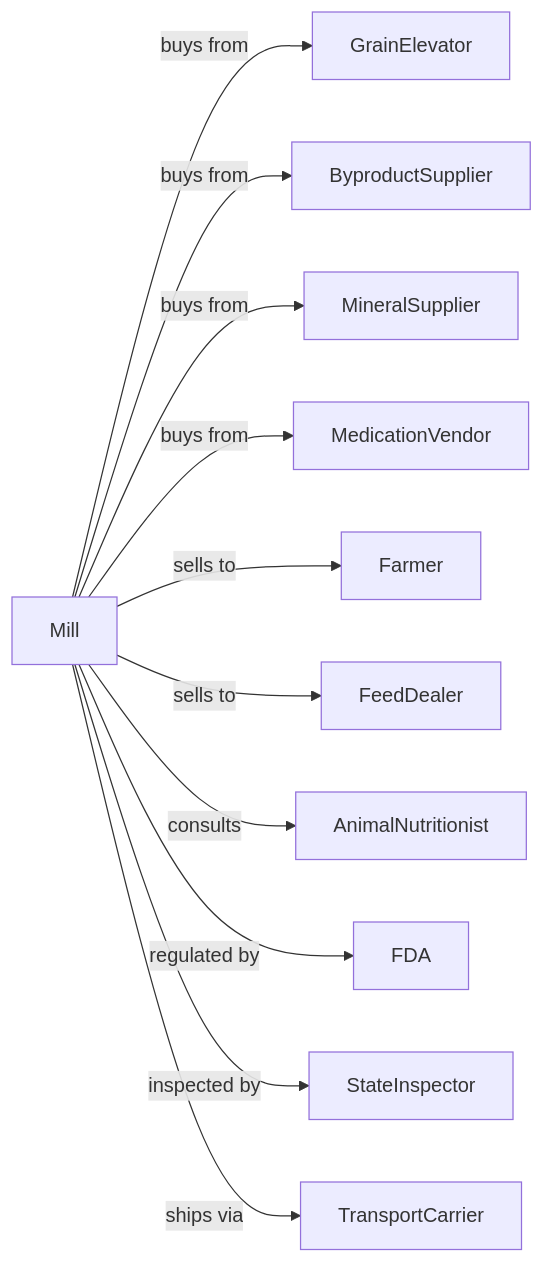
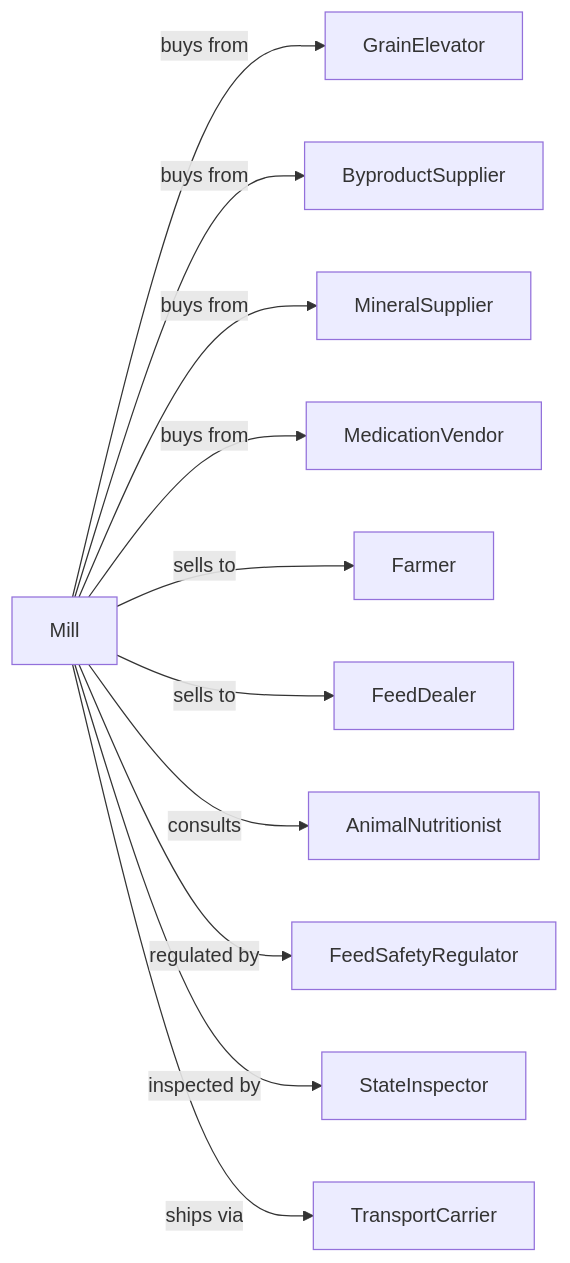
The second of 2 diagrams in Manufacturing/FoodManufacturing/AnimalFoodManufacturing/OtherAnimalFoodManufacturing.mdx (dot-org-ai/industries.org.ai), drawn with Mermaid before and after one commit. The commit also changed other lines of this file and 639 other files, not shown here.

````diff
--- a/Manufacturing/FoodManufacturing/AnimalFoodManufacturing/OtherAnimalFoodManufacturing.mdx
+++ b/Manufacturing/FoodManufacturing/AnimalFoodManufacturing/OtherAnimalFoodManufacturing.mdx
@@ -140,15 +140,15 @@
 ```mermaid
 graph LR
     M[Mill]
 
     M -->|buys from| GrainElevator
     M -->|buys from| ByproductSupplier
     M -->|buys from| MineralSupplier
     M -->|buys from| MedicationVendor
     M -->|sells to| Farmer
     M -->|sells to| FeedDealer
     M -->|consults| AnimalNutritionist
-    M -->|regulated by| FDA
+    M -->|regulated by| FeedSafetyRegulator
     M -->|inspected by| StateInspector
     M -->|ships via| TransportCarrier
 ```
````
